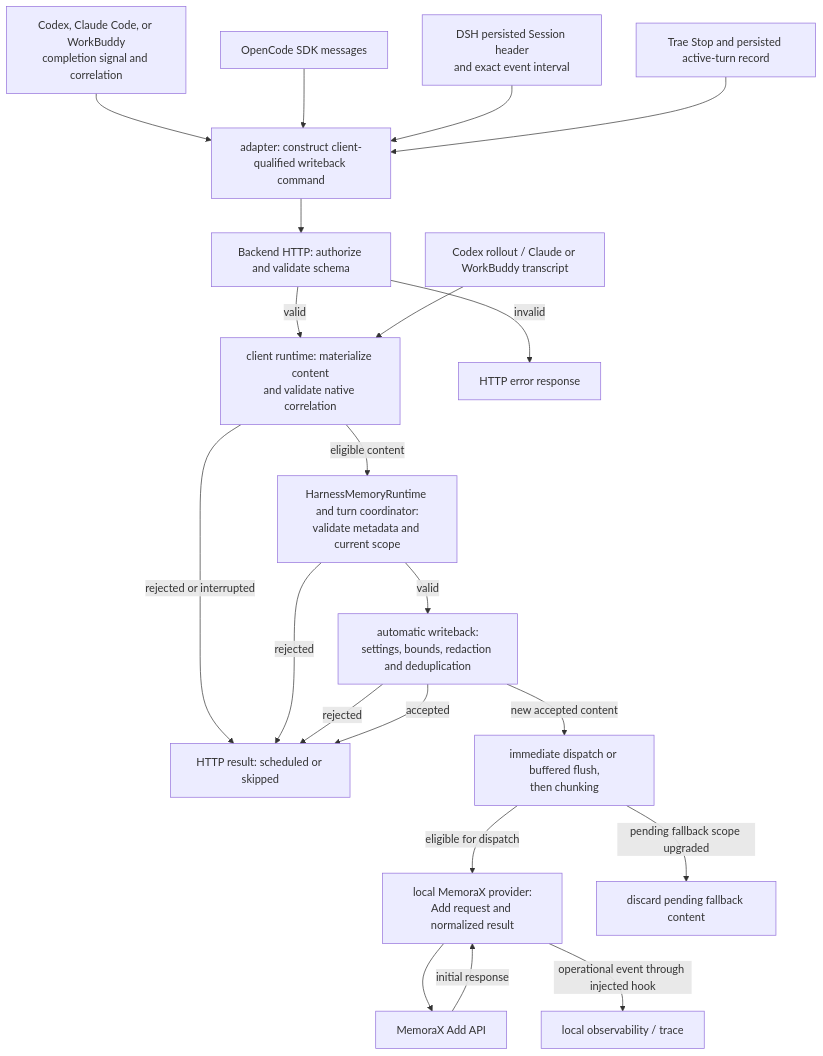
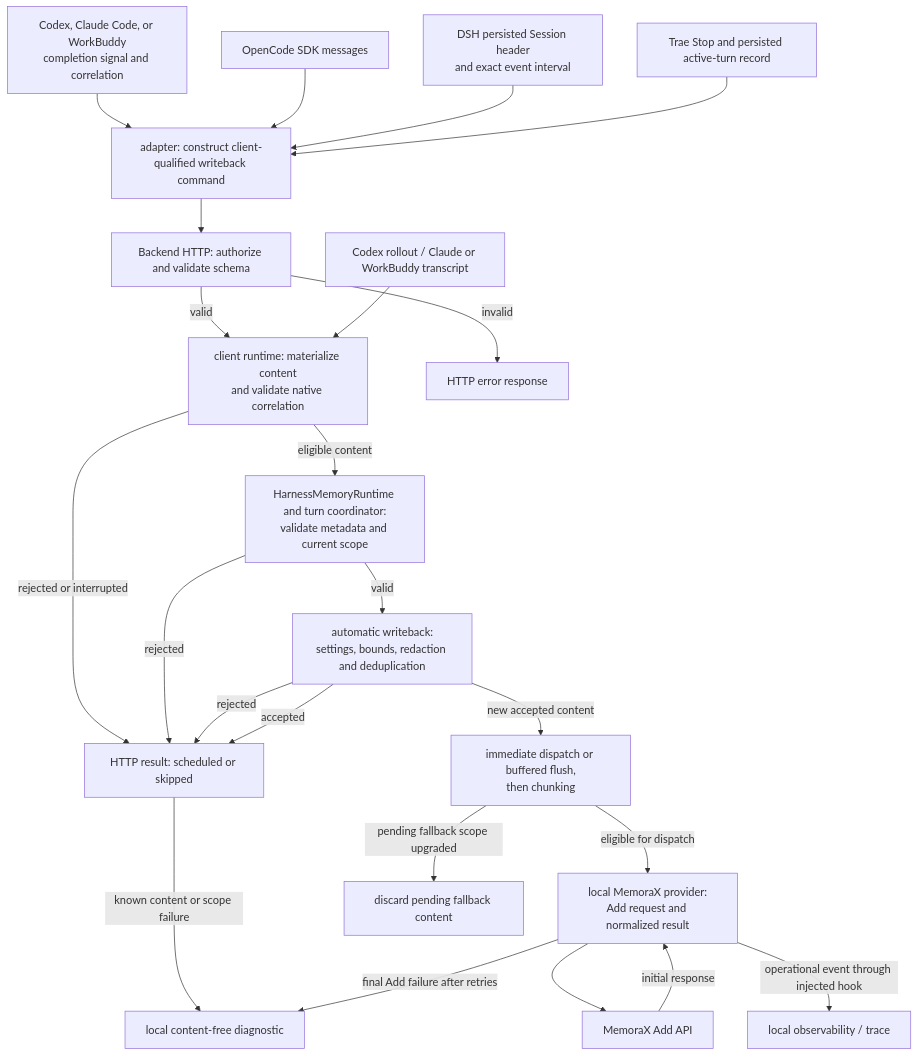
The fifth of 7 diagrams in ARCHITECTURE.md (memorax-ai/memorax-code), drawn with Mermaid before and after one commit. The commit also changed other lines of this file and 12 other files, not shown here.

````diff
--- a/ARCHITECTURE.md
+++ b/ARCHITECTURE.md
@@ -616,27 +617,29 @@
 ```mermaid
 flowchart TD
   Completion["Codex, Claude Code, or WorkBuddy<br/>completion signal and correlation"] --> Hook
   SDK["OpenCode SDK messages"] --> Hook
   DSH["DSH persisted Session header<br/>and exact event interval"] --> Hook
   Trae["Trae Stop and persisted active-turn record"] --> Hook
   Hook["adapter: construct client-qualified writeback command"] --> HTTP
 
   HTTP["Backend HTTP: authorize and validate schema"] -->|"valid"| Native
   HTTP -->|"invalid"| Error["HTTP error response"]
   Files["Codex rollout / Claude or WorkBuddy transcript"] --> Native
   Native["client runtime: materialize content<br/>and validate native correlation"] -->|"eligible content"| Shared
   Native -->|"rejected or interrupted"| Result
 
   Shared["HarnessMemoryRuntime and turn coordinator:<br/>validate metadata and current scope"] -->|"valid"| Runtime
   Shared -->|"rejected"| Result
   Runtime["automatic writeback:<br/>settings, bounds, redaction and deduplication"] -->|"rejected"| Result
   Runtime -->|"accepted"| Result
   Result["HTTP result: scheduled or skipped"]
 
   Runtime -->|"new accepted content"| Pending
   Pending["immediate dispatch or buffered flush,<br/>then chunking"] -->|"eligible for dispatch"| Provider
   Pending -->|"pending fallback scope upgraded"| Discard["discard pending fallback content"]
   Provider["local MemoraX provider:<br/>Add request and normalized result"] --> Remote
   Remote["MemoraX Add API"] -->|"initial response"| Provider
   Provider -->|"operational event through injected hook"| Trace["local observability / trace"]
+  Result -->|"known content or scope failure"| Diagnostic["local content-free diagnostic"]
+  Provider -->|"final Add failure after retries"| Diagnostic
 ```
````
